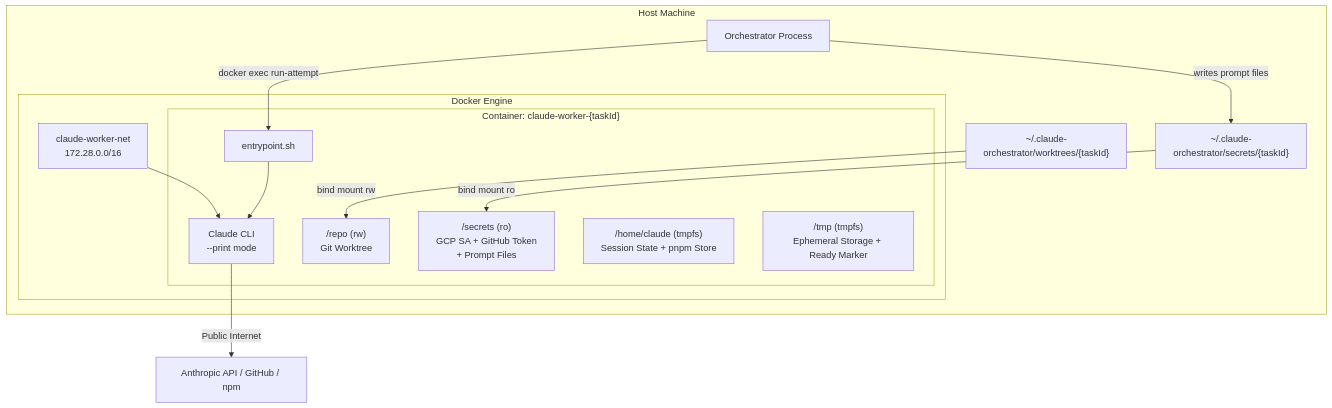
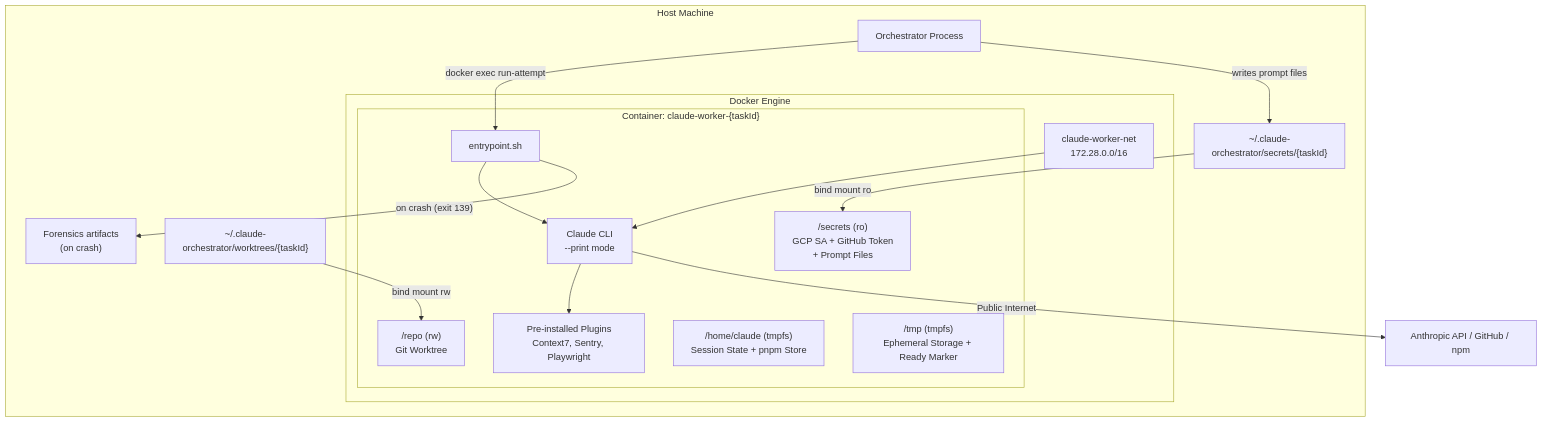
The diagram in docs/services/claude-worker/technical.md (pbuchman/intexuraos), drawn with Mermaid before and after one commit. The commit also changed other lines of this file and 134 other files, not shown here.

````diff
--- a/docs/services/claude-worker/technical.md
+++ b/docs/services/claude-worker/technical.md
@@ -9,31 +9,35 @@
 ```mermaid
 graph TB
     subgraph "Host Machine"
         Orchestrator[Orchestrator Process]
 
         subgraph "Docker Engine"
             Network[claude-worker-net<br/>172.28.0.0/16]
 
             subgraph "Container: claude-worker-{taskId}"
                 Entrypoint[entrypoint.sh]
                 Claude[Claude CLI<br/>--print mode]
+                Plugins[Pre-installed Plugins<br/>Context7, Sentry, Playwright]
                 Repo["/repo (rw)<br/>Git Worktree"]
                 Secrets["/secrets (ro)<br/>GCP SA + GitHub Token<br/>+ Prompt Files"]
                 Home["/home/claude (tmpfs)<br/>Session State + pnpm Store"]
                 Tmp["/tmp (tmpfs)<br/>Ephemeral Storage + Ready Marker"]
             end
         end
 
         Worktrees["~/.claude-orchestrator/worktrees/{taskId}"]
         SecretsDir["~/.claude-orchestrator/secrets/{taskId}"]
+        ForensicsDir["Forensics artifacts<br/>(on crash)"]
     end
 
     Orchestrator -->|"docker exec run-attempt"| Entrypoint
     Orchestrator -->|writes prompt files| SecretsDir
     Worktrees -->|"bind mount rw"| Repo
     SecretsDir -->|"bind mount ro"| Secrets
     Network --> Claude
     Entrypoint --> Claude
+    Claude --> Plugins
 
     Claude -->|"Public Internet"| APIs[Anthropic API / GitHub / npm]
+    Entrypoint -->|"on crash (exit 139)"| ForensicsDir
 ```
````
